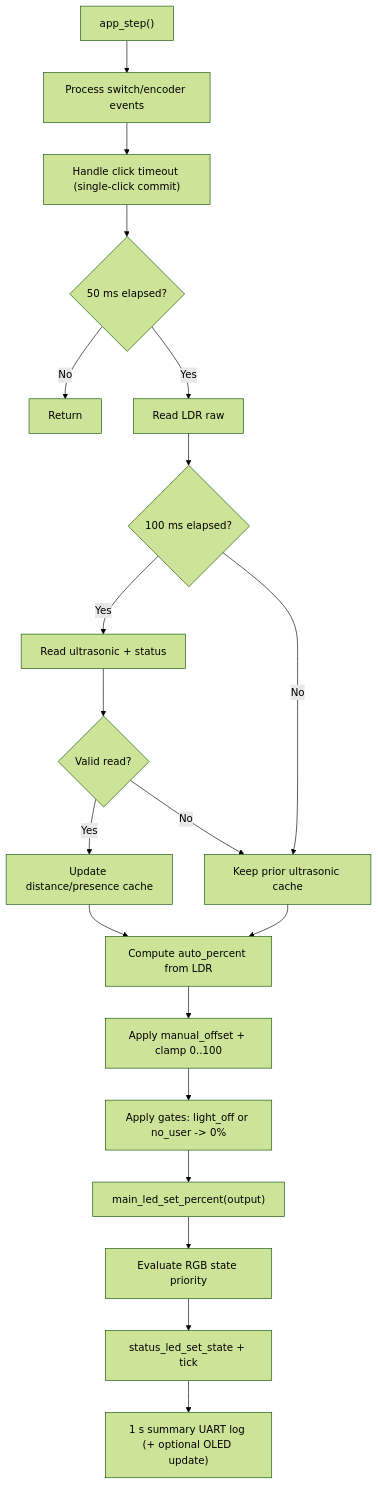
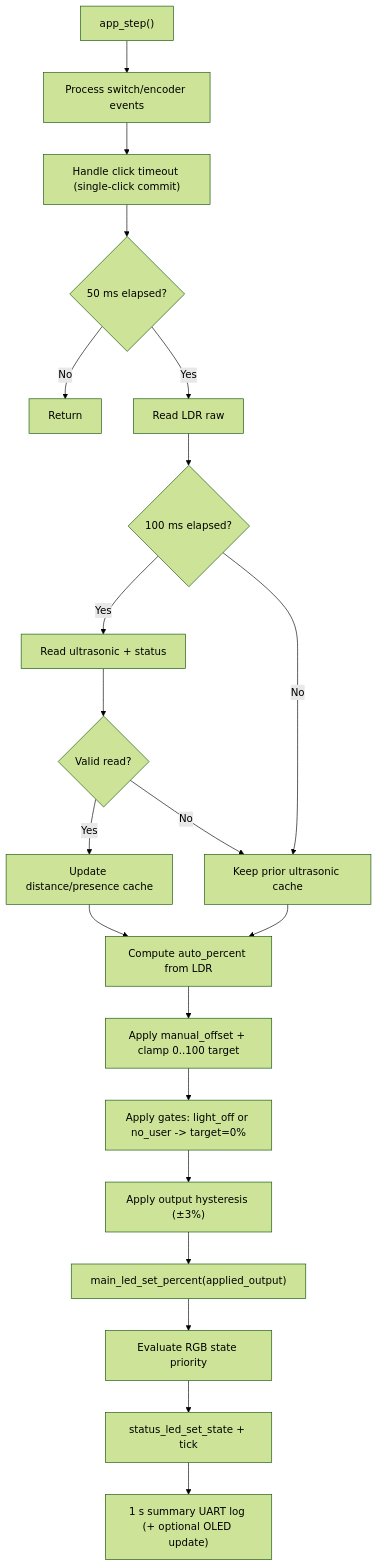
Before and after one commit to RJTPP/S-ADAPT-IoT: the first of 2 diagrams in docs/architecture/business-logic.md, drawn with Mermaid (forest theme). The commit also changed other lines of this file and 5 other files, not shown here.

````diff
--- a/docs/architecture/business-logic.md
+++ b/docs/architecture/business-logic.md
@@ -35,22 +39,23 @@
 ```mermaid
 flowchart TD
     A["app_step()"] --> B["Process switch/encoder events"]
     B --> C["Handle click timeout (single-click commit)"]
     C --> D{"50 ms elapsed?"}
     D -- "No" --> E["Return"]
     D -- "Yes" --> F["Read LDR raw"]
     F --> G{"100 ms elapsed?"}
     G -- "Yes" --> H["Read ultrasonic + status"]
     G -- "No" --> I["Keep prior ultrasonic cache"]
     H --> J{"Valid read?"}
     J -- "Yes" --> K["Update distance/presence cache"]
     J -- "No" --> I
     K --> L["Compute auto_percent from LDR"]
     I --> L
-    L --> M["Apply manual_offset + clamp 0..100"]
-    M --> N["Apply gates: light_off or no_user -> 0%"]
-    N --> O["main_led_set_percent(output)"]
-    O --> P["Evaluate RGB state priority"]
-    P --> Q["status_led_set_state + tick"]
-    Q --> R["1 s summary UART log (+ optional OLED update)"]
+    L --> M["Apply manual_offset + clamp 0..100 target"]
+    M --> N["Apply gates: light_off or no_user -> target=0%"]
+    N --> O["Apply output hysteresis (±3%)"]
+    O --> P["main_led_set_percent(applied_output)"]
+    P --> Q["Evaluate RGB state priority"]
+    Q --> R["status_led_set_state + tick"]
+    R --> S["1 s summary UART log (+ optional OLED update)"]
 ```
````
